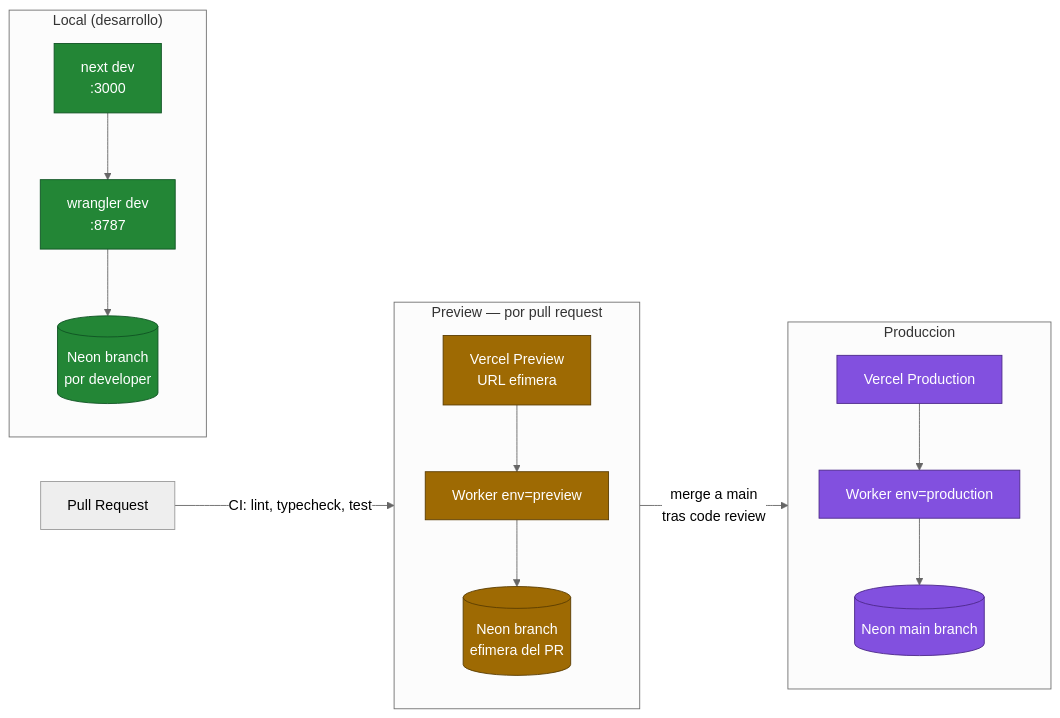
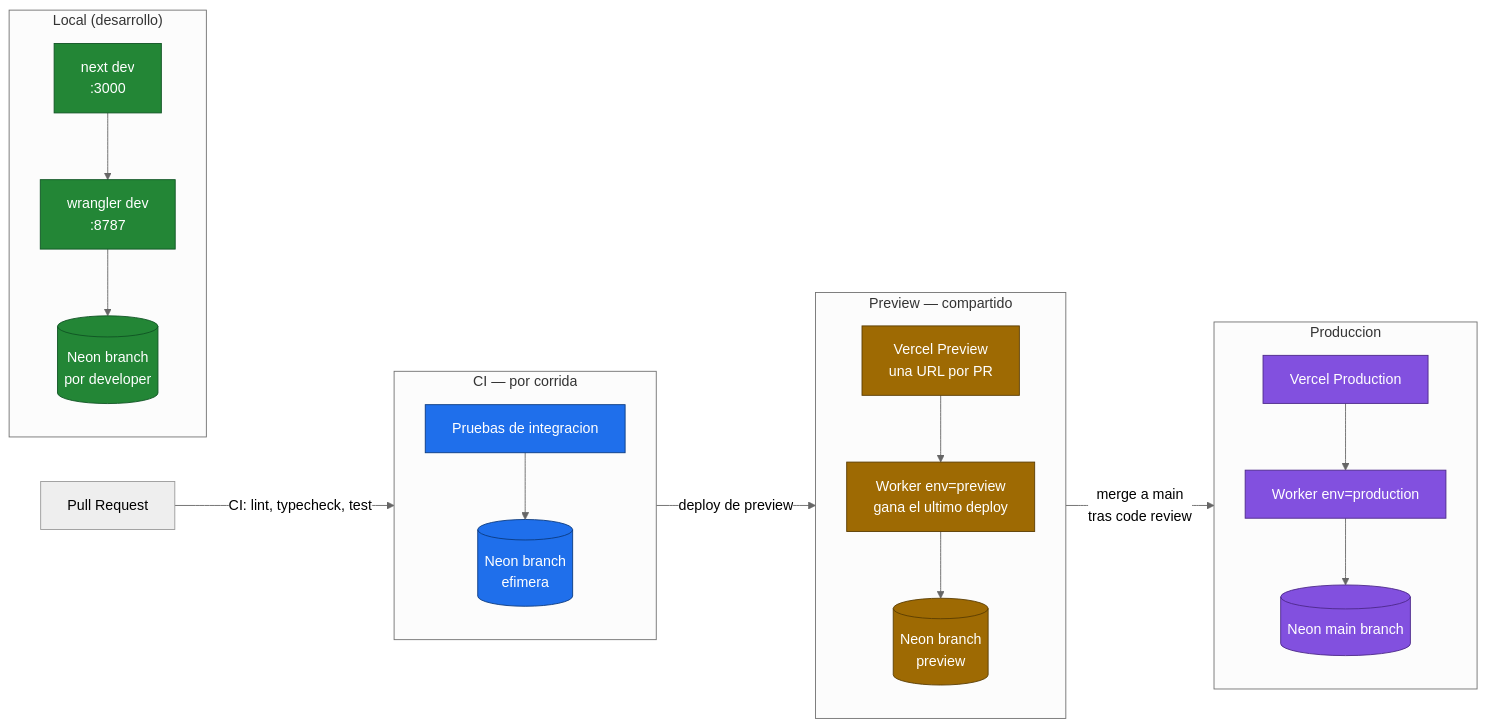
One commit to colosoler/Helpyme changed the second of 5 diagrams in entregas-cloud/checkpoint-1/02-diagramas.md. Above: the diagram before and after it, drawn with Mermaid (neutral theme). The commit also changed other lines of this file and 3 other files, not shown here.

First line of the commit message:
docs(adr): agregar ADR-0013, preview compartido y branch efímera para pruebas

````diff
--- a/entregas-cloud/checkpoint-1/02-diagramas.md
+++ b/entregas-cloud/checkpoint-1/02-diagramas.md
@@ -45,33 +45,42 @@
 ```mermaid
 flowchart LR
     subgraph dev["Local (desarrollo)"]
         d1["next dev<br/>:3000"]
         d2["wrangler dev<br/>:8787"]
         d3[("Neon branch<br/>por developer")]
         d1 --> d2 --> d3
     end
 
-    subgraph prev["Preview — por pull request"]
-        p1["Vercel Preview<br/>URL efimera"]
-        p2["Worker env=preview"]
-        p3[("Neon branch<br/>efimera del PR")]
+    subgraph ci["CI — por corrida"]
+        t1["Pruebas de integracion"]
+        t2[("Neon branch<br/>efimera")]
+        t1 --> t2
+    end
+
+    subgraph prev["Preview — compartido"]
+        p1["Vercel Preview<br/>una URL por PR"]
+        p2["Worker env=preview<br/>gana el ultimo deploy"]
+        p3[("Neon branch<br/>preview")]
         p1 --> p2 --> p3
     end
 
     subgraph prod["Produccion"]
         r1["Vercel Production"]
         r2["Worker env=production"]
         r3[("Neon main branch")]
         r1 --> r2 --> r3
     end
 
-    pr["Pull Request"] -->|"CI: lint, typecheck, test"| prev
+    pr["Pull Request"] -->|"CI: lint, typecheck, test"| ci
+    ci -->|"deploy de preview"| prev
     prev -->|"merge a main<br/>tras code review"| prod
 
     classDef e1 fill:#238636,stroke:#0f5323,color:#fff
     classDef e2 fill:#9e6a03,stroke:#5a3c02,color:#fff
     classDef e3 fill:#8250df,stroke:#4c2889,color:#fff
+    classDef e4 fill:#1f6feb,stroke:#0b3a80,color:#fff
     class d1,d2,d3 e1
     class p1,p2,p3 e2
     class r1,r2,r3 e3
+    class t1,t2 e4
 ```
````
